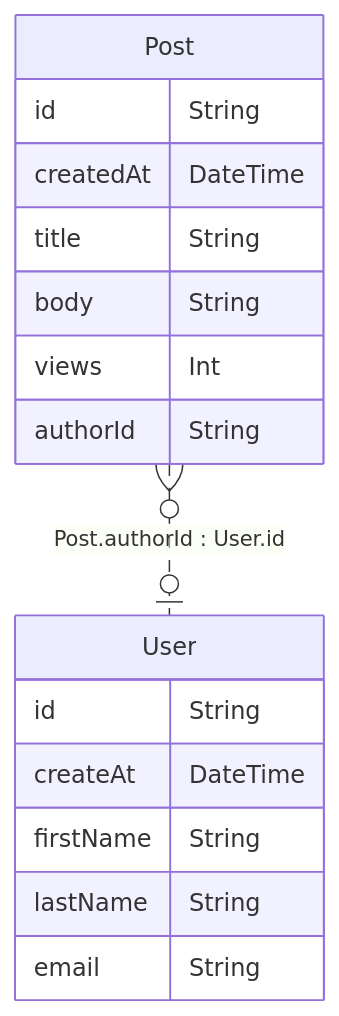
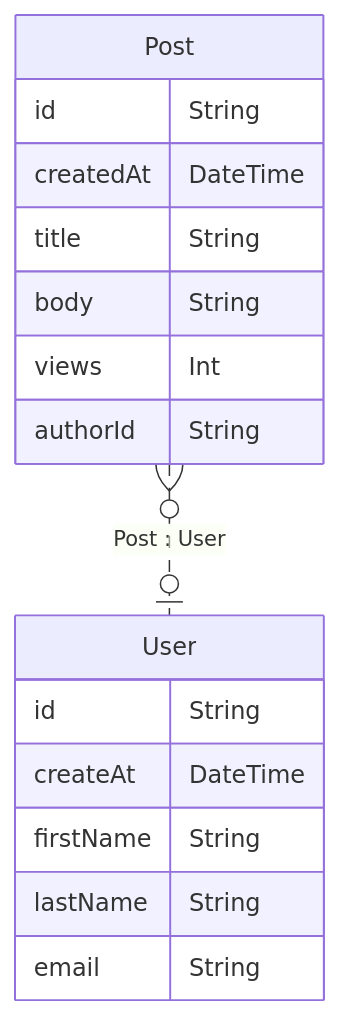
The diagram in tests/fixtures/prisma-examples/databases/mongodb/prisma/schema.md (HOZHENWAI/py-prisma2markdown), drawn with Mermaid before and after one commit. The commit also changed 22 other files, not shown here.

````diff
--- a/tests/fixtures/prisma-examples/databases/mongodb/prisma/schema.md
+++ b/tests/fixtures/prisma-examples/databases/mongodb/prisma/schema.md
@@ -2,22 +2,22 @@
 ```mermaid
 erDiagram
 
 User {
     id String
     createAt DateTime
     firstName String
     lastName String
     email String
 }
 
 Post {
     id String
     createdAt DateTime
     title String
     body String
     views Int
     authorId String
 }
 
-Post }o..o| User : "Post.authorId : User.id"
+Post }o..o| User : "Post : User"
 ```
````
